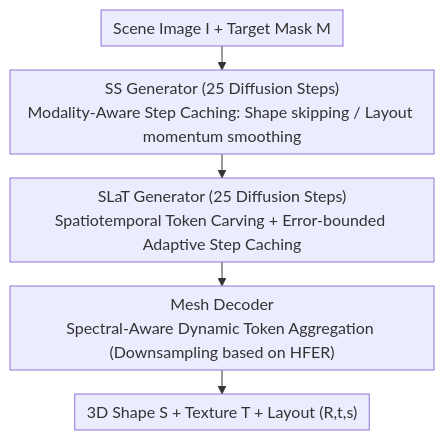
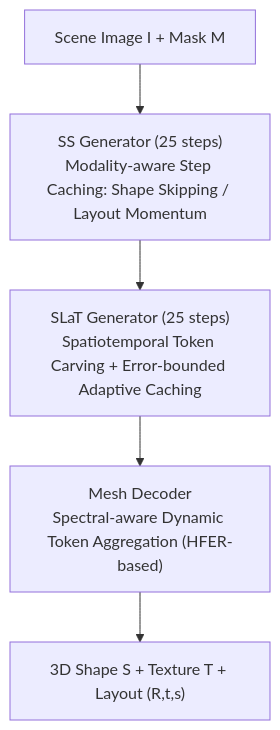
Before and after one commit to zhaoyang97/Paper-Notes-en: the diagram in docs/ICML2026/3d_vision/fast-sam3d_3dfy_anything_in_images_but_faster.md, drawn with Mermaid. The commit also changed other lines of this file and 5084 other files, not shown here.

````diff
--- a/docs/ICML2026/3d_vision/fast-sam3d_3dfy_anything_in_images_but_faster.md
+++ b/docs/ICML2026/3d_vision/fast-sam3d_3dfy_anything_in_images_but_faster.md
@@ -44,8 +44,7 @@
 ```mermaid
-%%{init: {'flowchart': {'rankSpacing': 24, 'nodeSpacing': 28, 'padding': 6, 'wrappingWidth': 400}}}%%
-flowchart TD
-    IN["Scene Image I + Target Mask M"] --> SS["SS Generator (25 Diffusion Steps)<br/>Modality-Aware Step Caching: Shape skipping / Layout momentum smoothing"]
-    SS --> SLAT["SLaT Generator (25 Diffusion Steps)<br/>Spatiotemporal Token Carving + Error-bounded Adaptive Step Caching"]
-    SLAT --> MESH["Mesh Decoder<br/>Spectral-Aware Dynamic Token Aggregation (Downsampling based on HFER)"]
+graph TD
+    IN["Scene Image I + Mask M"] --> SS["SS Generator (25 steps)<br/>Modality-aware Step Caching: Shape Skipping / Layout Momentum"]
+    SS --> SLAT["SLaT Generator (25 steps)<br/>Spatiotemporal Token Carving + Error-bounded Adaptive Caching"]
+    SLAT --> MESH["Mesh Decoder<br/>Spectral-aware Dynamic Token Aggregation (HFER-based)"]
     MESH --> OUT["3D Shape S + Texture T + Layout (R,t,s)"]
 ```
````
